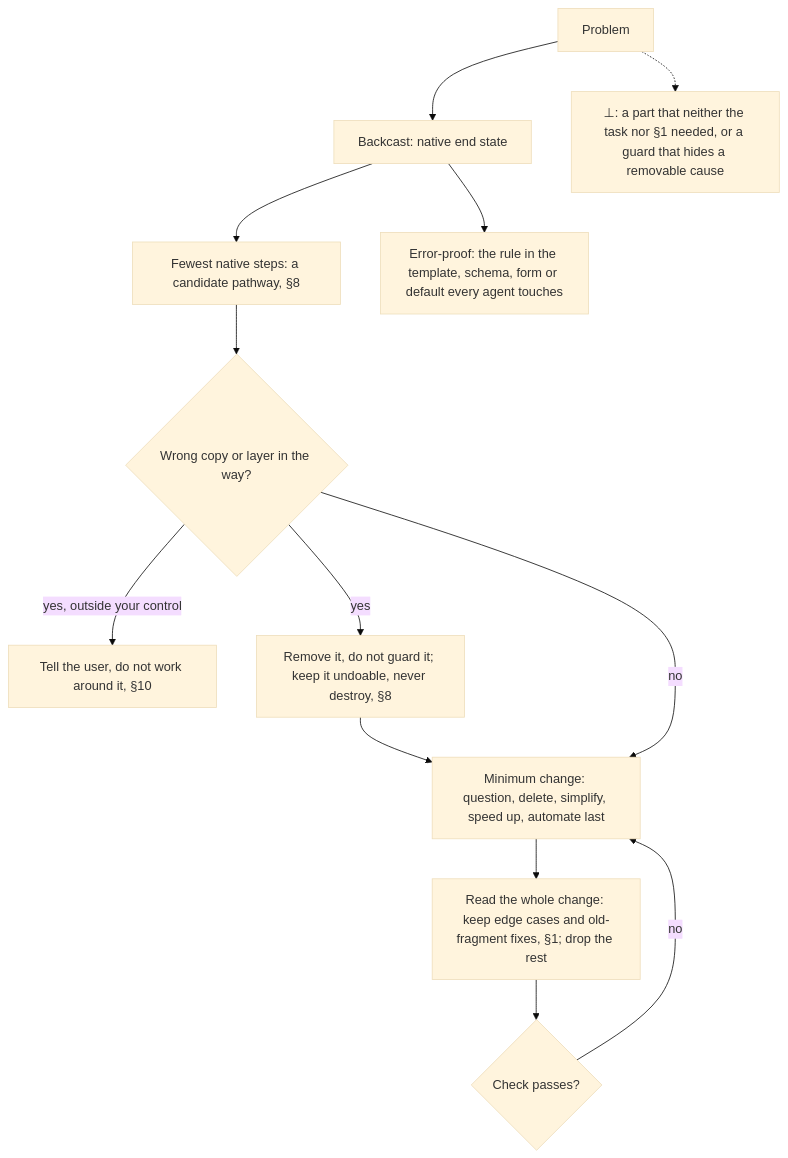
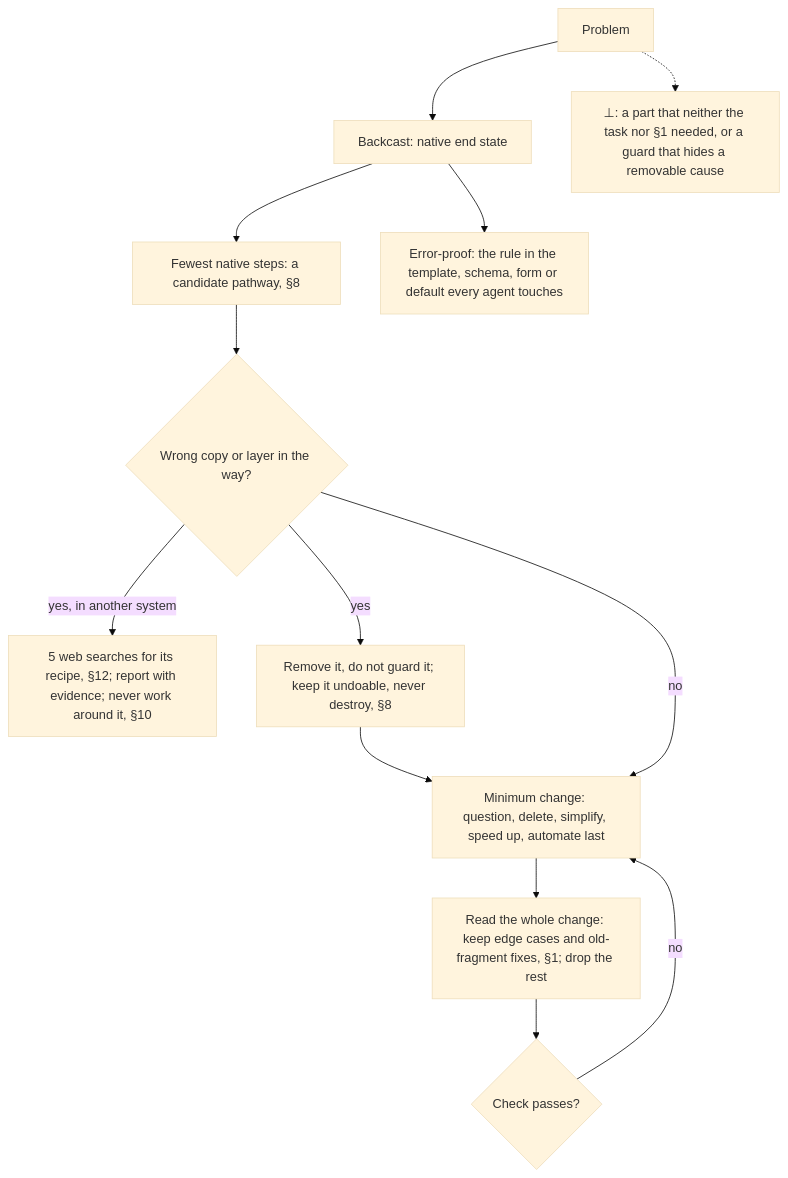
One commit to SolenixAI/arbiter changed the tenth of 14 diagrams in AGENTS.md. Above: the diagram before and after it, drawn with Mermaid (base theme). The commit also changed other lines of this file, not shown here.

First line of the commit message:
docs(arbiter): recipe first, no user fallback, footer names the three bodies

````diff
--- a/AGENTS.md
+++ b/AGENTS.md
@@ -470,11 +470,11 @@
 ```mermaid
 flowchart TD
   P[Problem] --> E["Backcast: native end state"] --> N["Fewest native steps: a candidate pathway, §8"]
   E --> RB["Error-proof: the rule in the template, schema, form or default every agent touches"]
   N --> W{Wrong copy or layer in the way?}
-  W -->|yes, outside your control| TU["Tell the user, do not work around it, §10"]
+  W -->|yes, in another system| TU["5 web searches for its recipe, §12; report with evidence; never work around it, §10"]
   W -->|yes| X["Remove it, do not guard it; keep it undoable, never destroy, §8"] --> M
   W -->|no| M["Minimum change: question, delete, simplify, speed up, automate last"] --> D["Read the whole change: keep edge cases and old-fragment fixes, §1; drop the rest"] --> C{Check passes?}
   C -->|no| M
   P -.-> BOT["⊥: a part that neither the task nor §1 needed, or a guard that hides a removable cause"]
 ```
````
